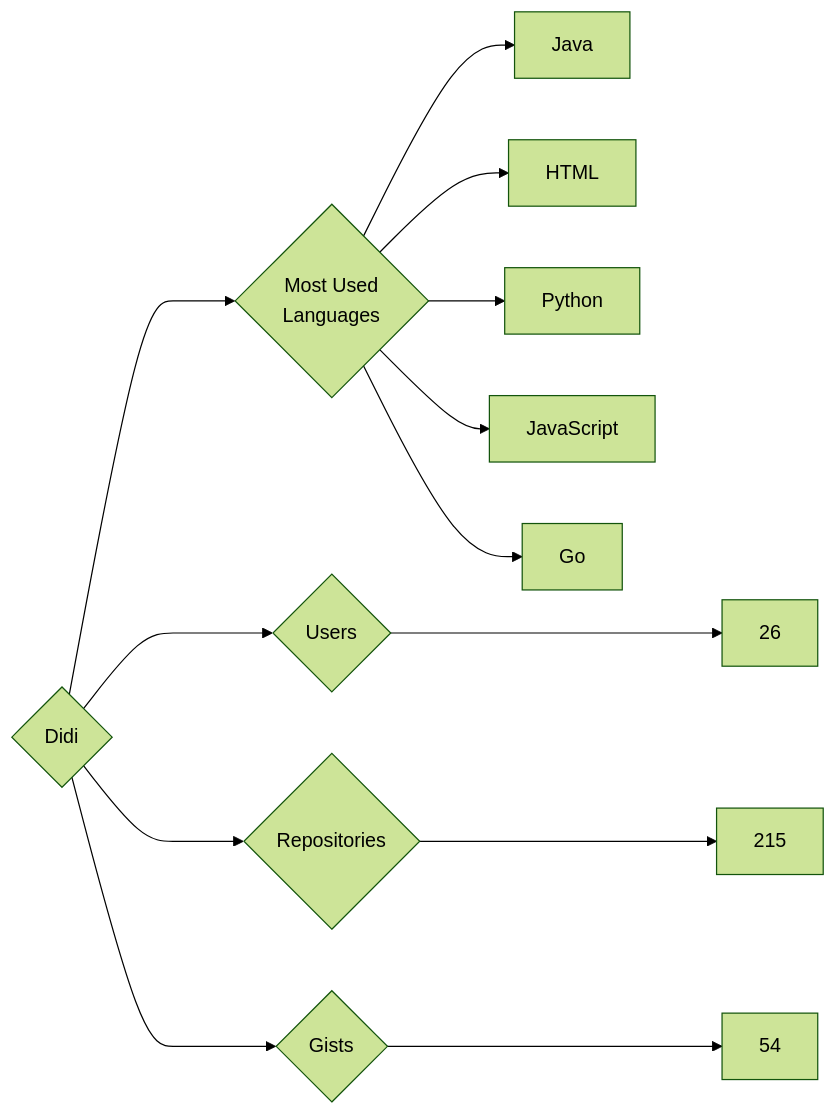
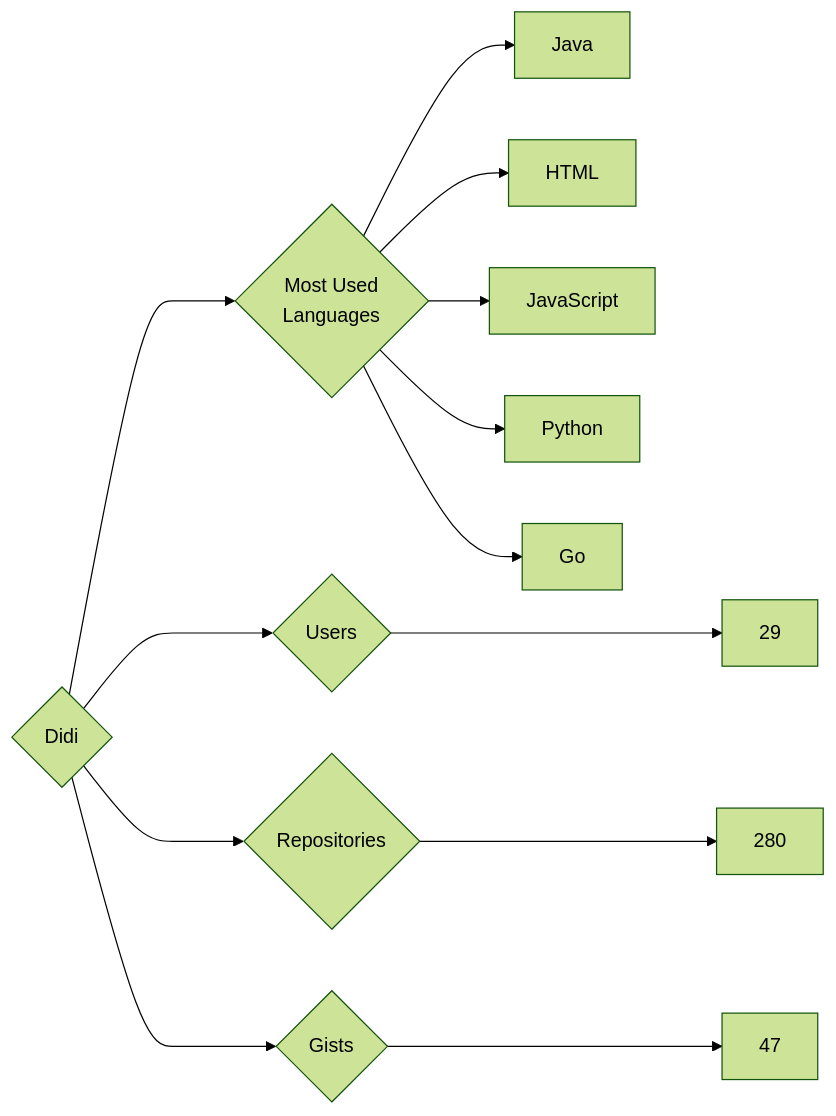
The diagram in targets/Didi/README.md (trickest/insiders), drawn with Mermaid (forest theme) before and after one commit. The commit also changed 721 other files, not shown here.

````diff
--- a/targets/Didi/README.md
+++ b/targets/Didi/README.md
@@ -3,13 +3,13 @@
 ```mermaid
 graph LR
 COMPANY_NAME{Didi}
-COMPANY_NAME ---> U{Users} ---> UN[26]
-COMPANY_NAME ---> R{Repositories} ---> RN[215]
-COMPANY_NAME ---> G{Gists} ---> GN[54]
+COMPANY_NAME ---> U{Users} ---> UN[29]
+COMPANY_NAME ---> R{Repositories} ---> RN[280]
+COMPANY_NAME ---> G{Gists} ---> GN[47]
 COMPANY_NAME ---> ML{Most Used<br>Languages}
 ML --> Java[Java]
 ML --> HTML[HTML]
+ML --> JavaScript[JavaScript]
 ML --> Python[Python]
-ML --> JavaScript[JavaScript]
 ML --> Go[Go]
 ```
````
